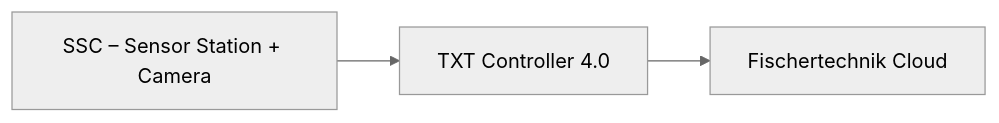
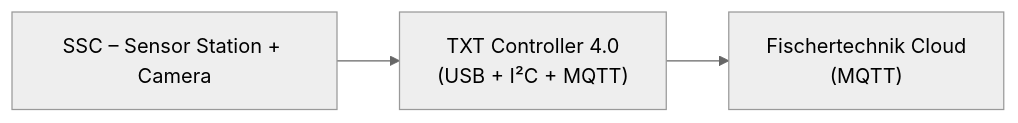
The diagram in microfactory-fischertechnik/02_Componenti_Hardware/02.5_SSC_Sensor_Station_Camera.md.md (Youss-elji/my-vault), drawn with Mermaid (neutral theme) before and after one commit. The commit also changed other lines of this file and 15 other files, not shown here.

````diff
--- a/microfactory-fischertechnik/02_Componenti_Hardware/02.5_SSC_Sensor_Station_Camera.md.md
+++ b/microfactory-fischertechnik/02_Componenti_Hardware/02.5_SSC_Sensor_Station_Camera.md.md
@@ -61,9 +80,9 @@
 ```mermaid
 flowchart LR
-  SSC["SSC – Sensor Station + Camera"]
-  TXT["TXT Controller 4.0"]
-  CLOUD["Fischertechnik Cloud"]
+  SSC["SSC – Sensor Station + Camera"]
+  TXT["TXT Controller 4.0<br>(USB + I²C + MQTT)"]
+  CLOUD["Fischertechnik Cloud<br>(MQTT)"]
 
-  SSC --> TXT
-  TXT --> CLOUD
+  SSC --> TXT
+  TXT --> CLOUD
 ```
````
